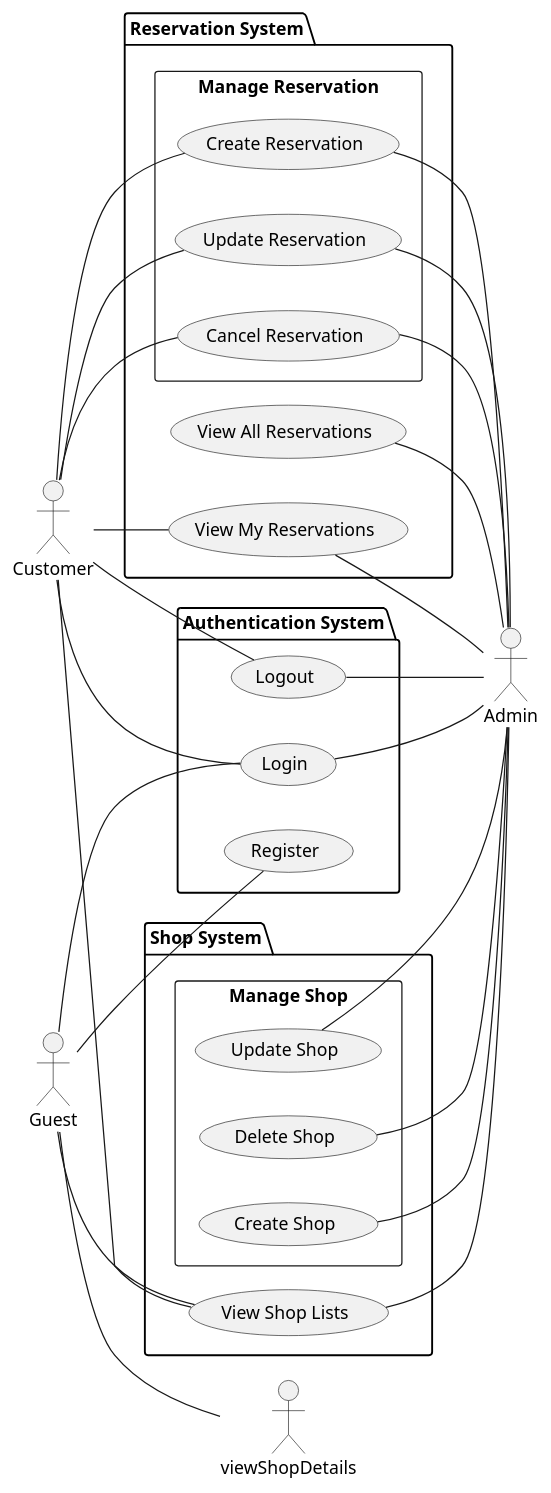
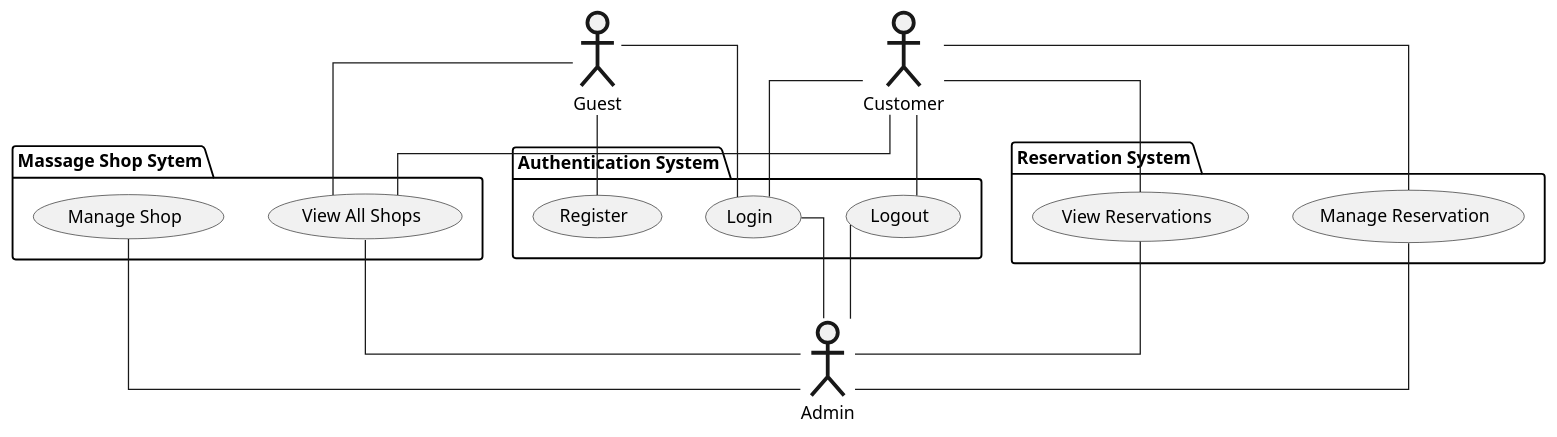
One commit to 2110503-2564/se-project-backend-10_brain-not-found changed the diagram in MassageUseCase.puml. Above: the diagram before and after it, drawn with PlantUML.

Commit message:
merge use case

```diff
--- a/MassageUseCase.puml
+++ b/MassageUseCase.puml
@@ -1,55 +1,43 @@
 @startuml Massage Use Case DiagramBorderColor
-left to right direction
+' left to right direction
+skinparam Linetype ortho
+skinparam actor{
+    borderthickness = 3
+}
+
 actor "Customer" as customer
 actor "Admin" as admin
 actor "Guest" as guest
 
 folder "Authentication System" as Asystem{
     usecase "Register" as Reg
     usecase "Login" as login
     usecase "Logout" as logout
 }
-folder "Shop System" as Shop{
-    usecase "View Shop Lists" as viewShopLists
-    rectangle "Manage Shop" as manageshop{
-        usecase "Create Shop" as createshop
-        usecase "Update Shop" as updateshop
-        usecase "Delete Shop" as deleteshop
-    }
+folder "Massage Shop Sytem" as Shop{
+    usecase "View All Shops" as viewShopLists
+    usecase "Manage Shop" as manageshop
 }
 folder "Reservation System" as Rsystem{
-    usecase "View All Reservations" as viewAllReservations
-    usecase "View My Reservations" as viewMyReservations
-    rectangle "Manage Reservation" as manageReservation{
-        usecase "Create Reservation" as createReservation
-        usecase "Update Reservation" as updateReservation
-        usecase "Cancel Reservation" as cancelReservation
-    }
+    usecase "View Reservations" as viewReservations
+    usecase "Manage Reservation" as manageReservation
 }
 
 guest -- login
 guest -- Reg
 guest -- viewShopLists
-guest -- viewShopDetails
 
 customer -- login  
 customer -- logout
 customer -- viewShopLists
-customer -- viewMyReservations
-customer -- createReservation
-customer -- updateReservation
-customer -- cancelReservation
+customer -- viewReservations
+customer -- manageReservation
 
 login -- admin
 logout -- admin
-createshop -- admin
-updateshop -- admin
-deleteshop -- admin
+manageshop -- admin
 viewShopLists -- admin
-viewAllReservations -- admin
-viewMyReservations -- admin
-createReservation -- admin
-updateReservation -- admin
-cancelReservation -- admin
+viewReservations -- admin
+manageReservation -- admin
 
 @enduml
```
